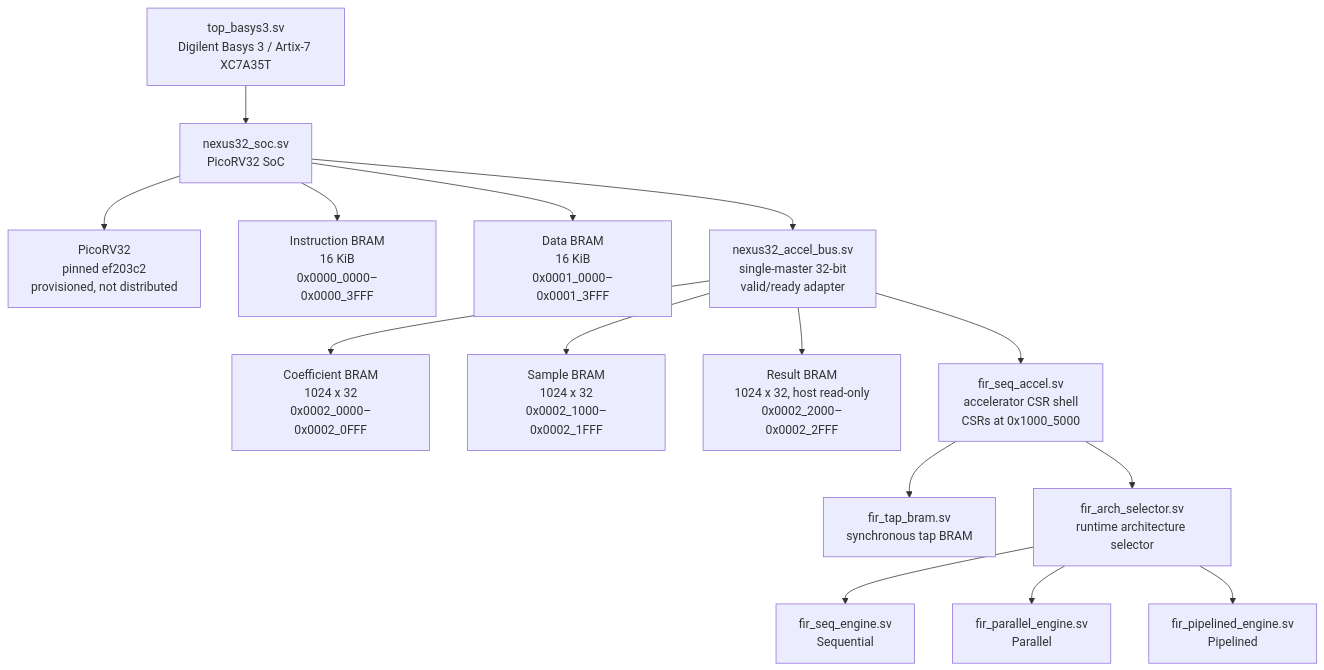
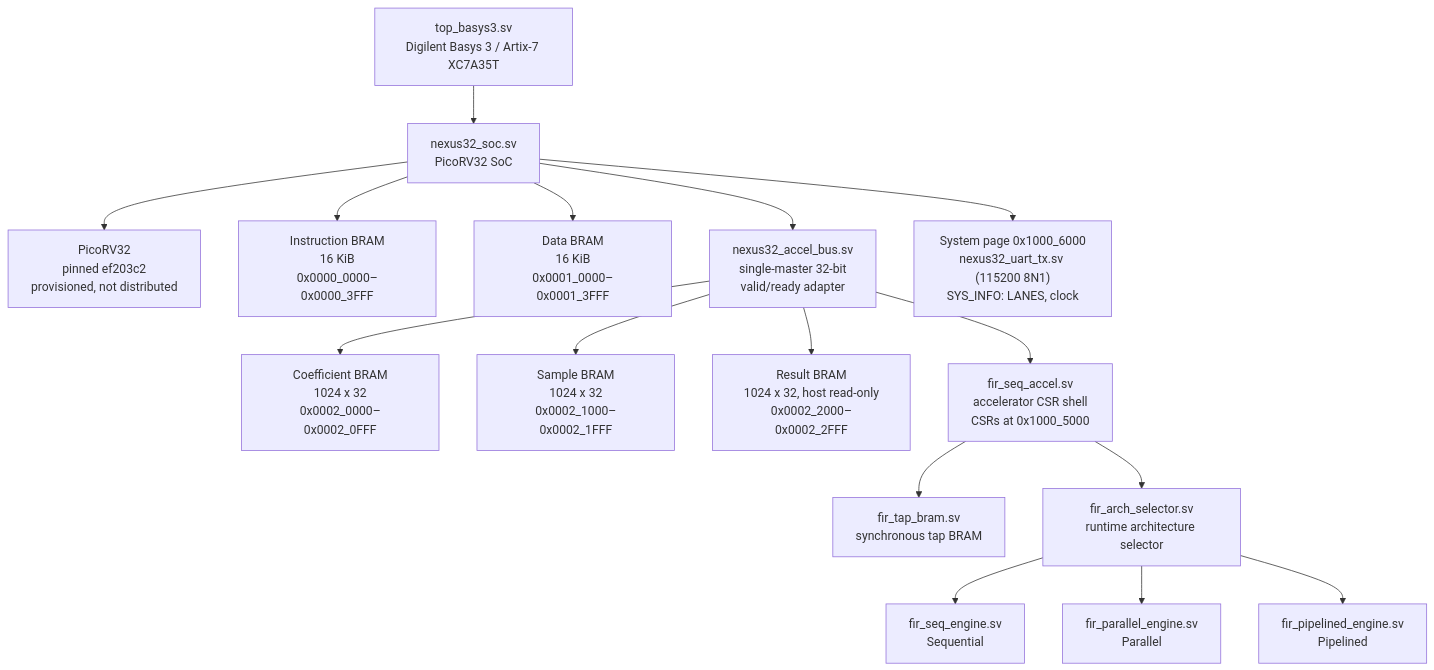
One commit to Aneeshparveda/NEXUS-32 changed the first of 3 diagrams in README.md. Above: the diagram before and after it, drawn with Mermaid. The commit also changed other lines of this file and 40 other files, not shown here.

First line of the commit message:
feat: self-reporting UART board demo and one-click Windows Vivado evidence flow

````diff
--- a/README.md
+++ b/README.md
@@ -52,32 +54,34 @@
 ```mermaid
 flowchart TD
     TOP["top_basys3.sv<br/>Digilent Basys 3 / Artix-7 XC7A35T"]
     SOC["nexus32_soc.sv<br/>PicoRV32 SoC"]
     CPU["PicoRV32<br/>pinned ef203c2<br/>provisioned, not distributed"]
     IMEM["Instruction BRAM<br/>16 KiB<br/>0x0000_0000–0x0000_3FFF"]
     DMEM["Data BRAM<br/>16 KiB<br/>0x0001_0000–0x0001_3FFF"]
     BUS["nexus32_accel_bus.sv<br/>single-master 32-bit<br/>valid/ready adapter"]
     COEFF["Coefficient BRAM<br/>1024 x 32<br/>0x0002_0000–0x0002_0FFF"]
     SAMPLE["Sample BRAM<br/>1024 x 32<br/>0x0002_1000–0x0002_1FFF"]
     RESULT["Result BRAM<br/>1024 x 32, host read-only<br/>0x0002_2000–0x0002_2FFF"]
     ACCEL["fir_seq_accel.sv<br/>accelerator CSR shell<br/>CSRs at 0x1000_5000"]
+    SYS["System page 0x1000_6000<br/>nexus32_uart_tx.sv (115200 8N1)<br/>SYS_INFO: LANES, clock"]
     TAP["fir_tap_bram.sv<br/>synchronous tap BRAM"]
     SEL["fir_arch_selector.sv<br/>runtime architecture selector"]
     SEQ["fir_seq_engine.sv<br/>Sequential"]
     PAR["fir_parallel_engine.sv<br/>Parallel"]
     PIPE["fir_pipelined_engine.sv<br/>Pipelined"]
     TOP --> SOC
     SOC --> CPU
     SOC --> IMEM
     SOC --> DMEM
     SOC --> BUS
+    SOC --> SYS
     BUS --> COEFF
     BUS --> SAMPLE
     BUS --> RESULT
     BUS --> ACCEL
     ACCEL --> TAP
     ACCEL --> SEL
     SEL --> SEQ
     SEL --> PAR
     SEL --> PIPE
 ```
````
